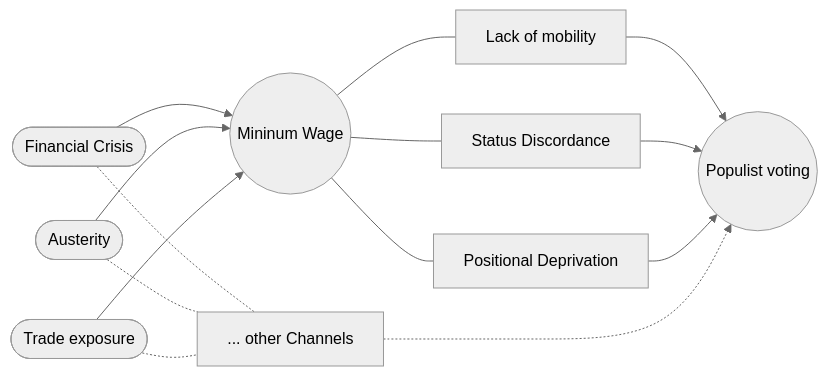
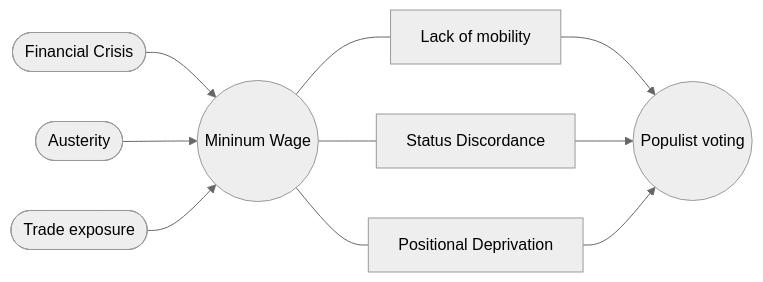
Before and after one commit to skriptum/mindestlohn: the diagram in 1-Lohn.qmd, drawn with Mermaid. The commit also changed other lines of this file and 12 other files, not shown here.

````diff
--- a/1-Lohn.qmd
+++ b/1-Lohn.qmd
@@ -344,12 +344,12 @@
 ```{mermaid}
 %%{init: {'theme': "neutral"}}%%
 graph LR
 
 A([Financial Crisis]) & B([Austerity]) & C([Trade exposure]) --> MW((Mininum Wage))
 
-A & B & C -.- O[... other Channels]
+
 
 MW --- D[Lack of mobility] & E[Status Discordance] & F[Positional Deprivation]
 --> AfD((Populist voting))
-O -.-> AfD
+
 ```
````
